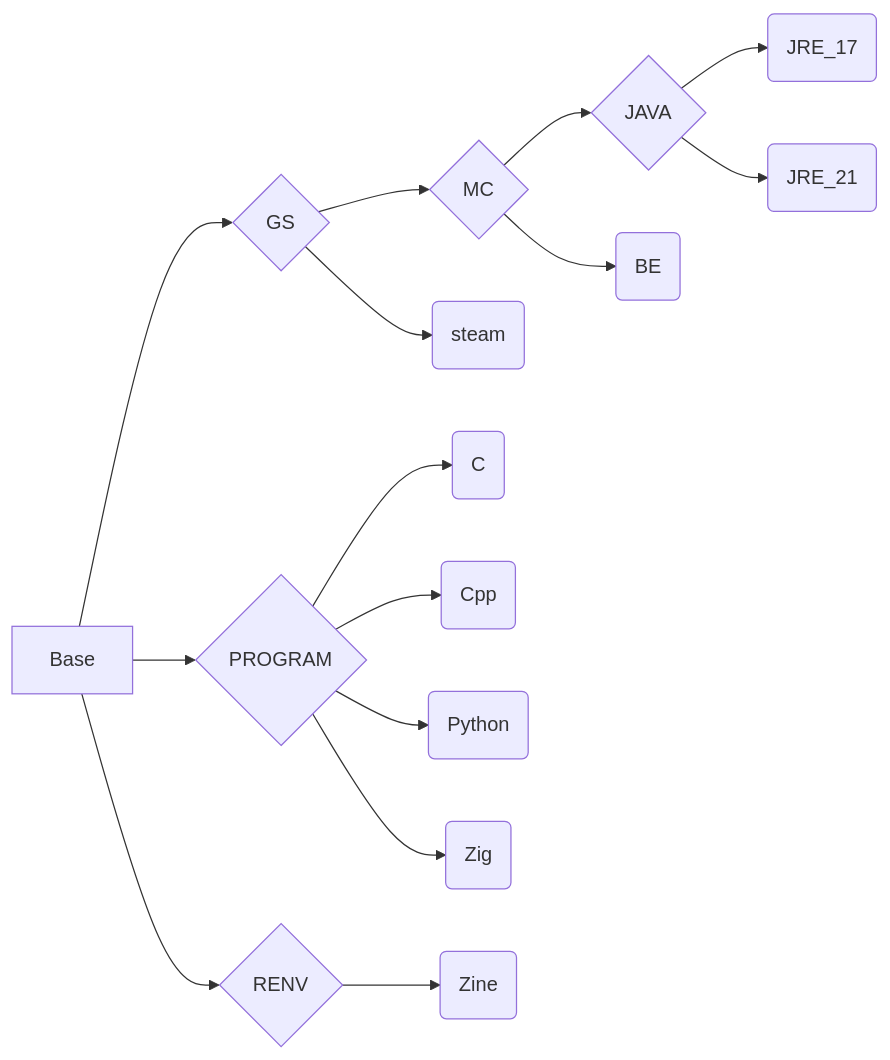
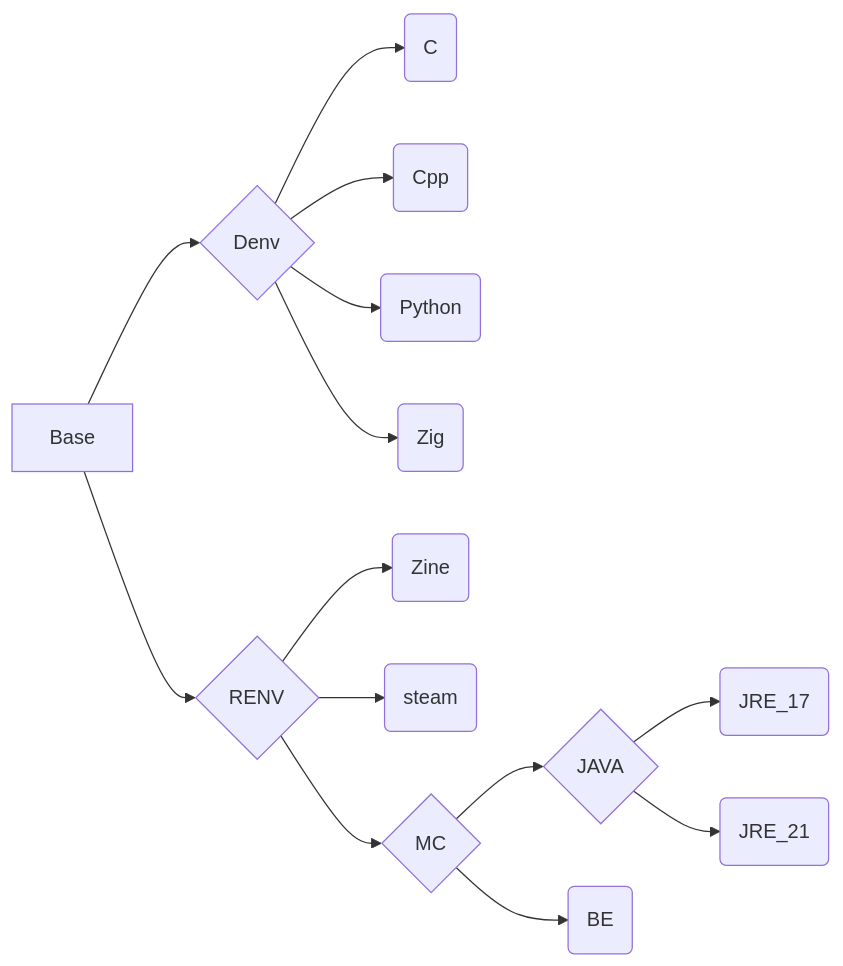
The diagram in README.md (eoeair/cenv), drawn with Mermaid before and after one commit. The commit also changed other lines of this file and 16 other files, not shown here.

````diff
--- a/README.md
+++ b/README.md
@@ -20,19 +19,18 @@
 ```mermaid
 graph LR
 
-Base-->G{GS}-->GA{MC}
-G-->GB(steam)
-GA{MC}-->GAA{JAVA}
-GA{MC}-->GAB(BE)
-GAA-->GAC(JRE_17)
-GAA-->GAD(JRE_21)
-
-Base-->P{PROGRAM}
-P-->PA(C)
-P-->PB(Cpp)
-P-->PC(Python)
-P-->PD(Zig)
+Base-->D{Denv}
+D-->DA(C)
+D-->DB(Cpp)
+D-->DC(Python)
+D-->DD(Zig)
 
 Base-->R{RENV}
 R-->RA(Zine)
+R-->RB(steam)
+R-->RC{MC}
+RC-->RCA{JAVA}
+RC-->RCB(BE)
+RCA-->RCAA(JRE_17)
+RCA-->RCAB(JRE_21)
 ```
````
